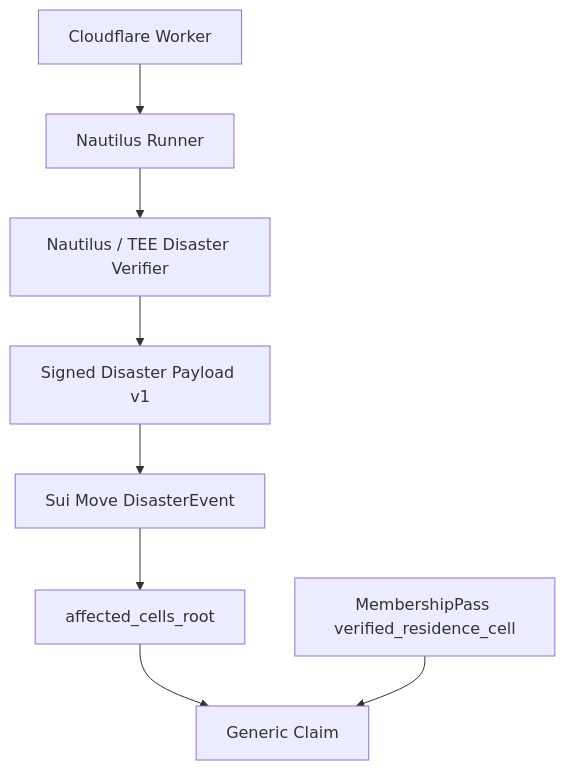
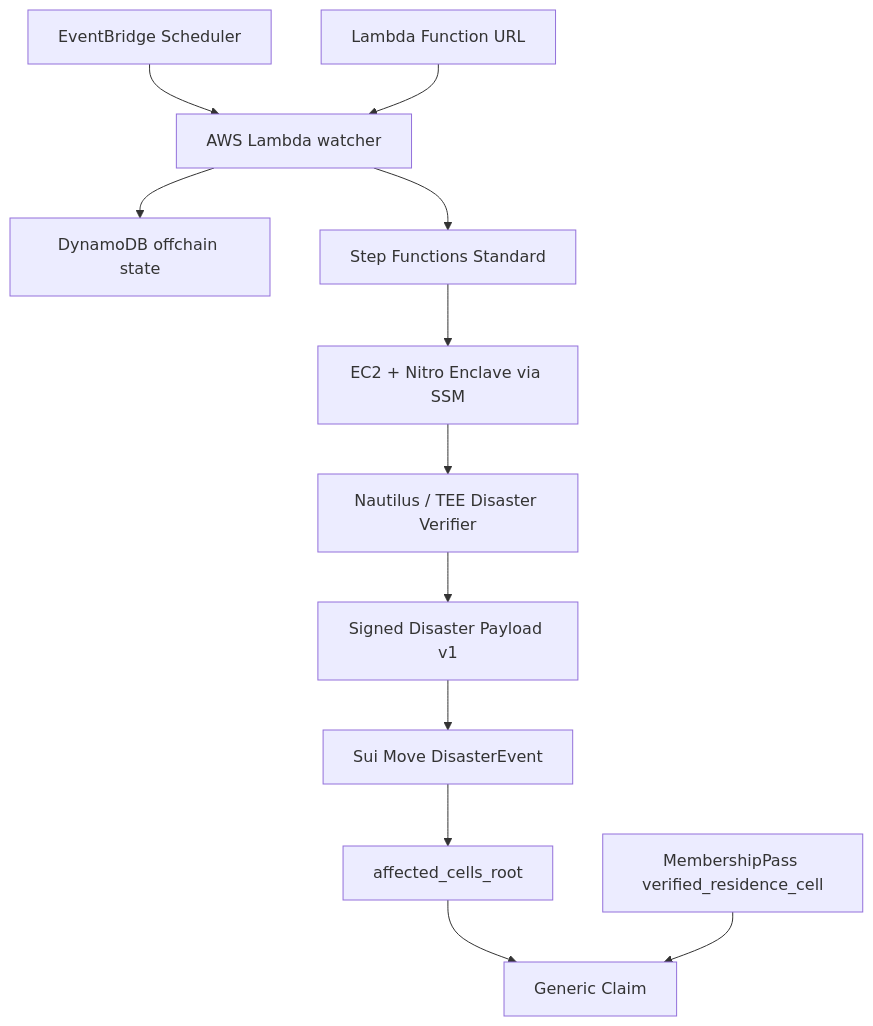
Before and after one commit to UnagiLabs/Sonari: the diagram in docs/nautilus_disaster_oracle/spec.md, drawn with Mermaid. The commit also changed other lines of this file and 9 other files, not shown here.

````diff
--- a/docs/nautilus_disaster_oracle/spec.md
+++ b/docs/nautilus_disaster_oracle/spec.md
@@ -19,10 +19,14 @@
 ```mermaid
 flowchart TD
-  Worker[Cloudflare Worker] --> Runner[Nautilus Runner]
+  Scheduler[EventBridge Scheduler] --> Watcher[AWS Lambda watcher]
+  Manual[Lambda Function URL] --> Watcher
+  Watcher --> State[DynamoDB offchain state]
+  Watcher --> Workflow[Step Functions Standard]
+  Workflow --> Runner[EC2 + Nitro Enclave via SSM]
   Runner --> TEE[Nautilus / TEE Disaster Verifier]
   TEE --> Payload[Signed Disaster Payload v1]
   Payload --> Move[Sui Move DisasterEvent]
   Move --> Root[affected_cells_root]
   Root --> Claim[Generic Claim]
   Pass[MembershipPass verified_residence_cell] --> Claim
 ```
````
